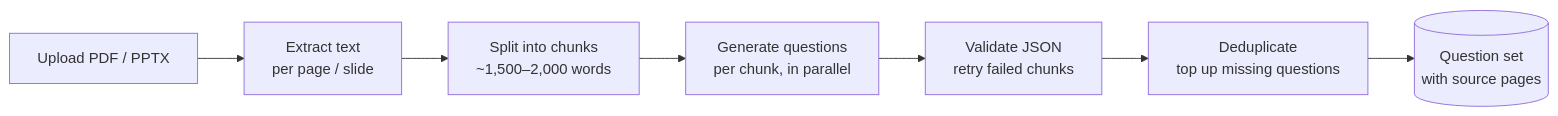
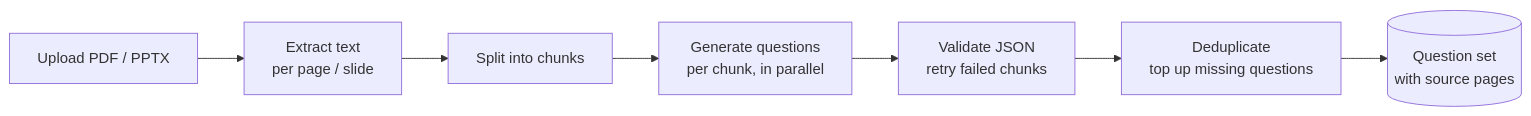
Before and after one commit to azerc18/study-forge: the first of 2 diagrams in README.md, drawn with Mermaid. The commit also changed other lines of this file, not shown here.

````diff
--- a/README.md
+++ b/README.md
@@ -63,9 +64,9 @@
 ```mermaid
 flowchart LR
     A[Upload PDF / PPTX] --> B[Extract text<br/>per page / slide]
-    B --> C[Split into chunks<br/>~1,500–2,000 words]
+    B --> C[Split into chunks]
     C --> D[Generate questions<br/>per chunk, in parallel]
     D --> E[Validate JSON<br/>retry failed chunks]
     E --> F[Deduplicate<br/>top up missing questions]
     F --> G[(Question set<br/>with source pages)]
 ```
````
